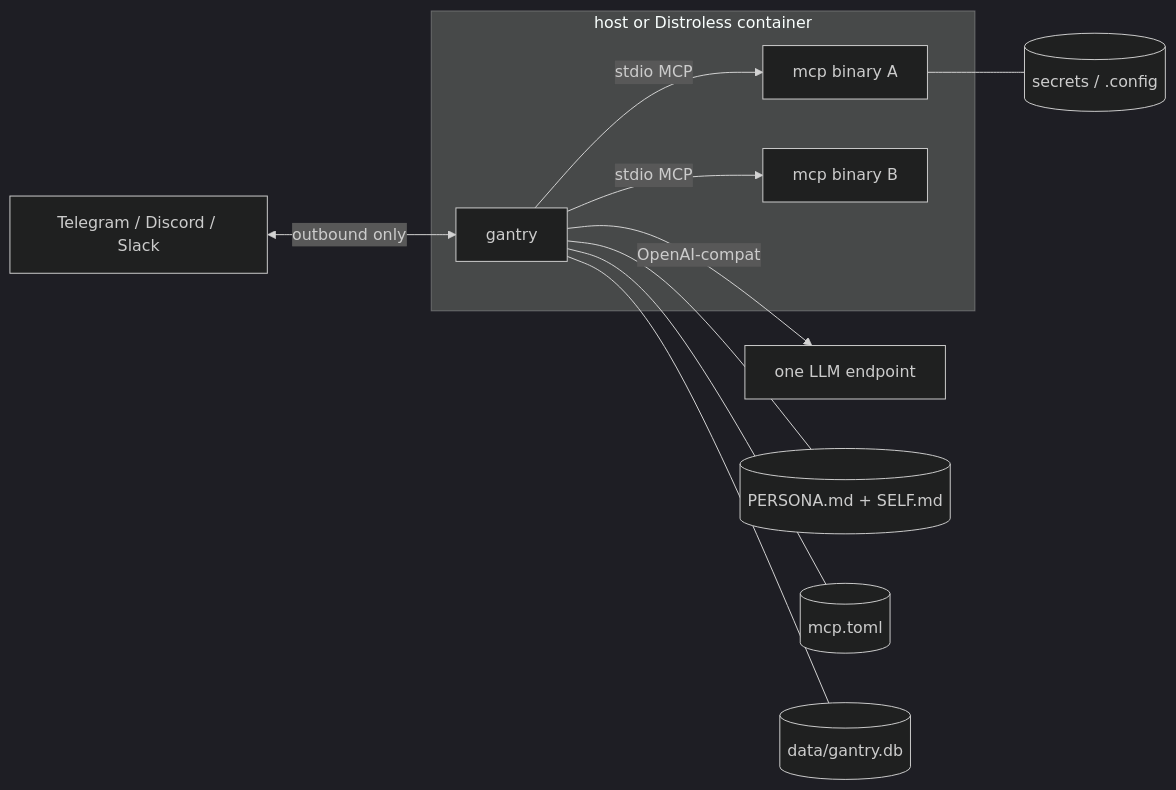
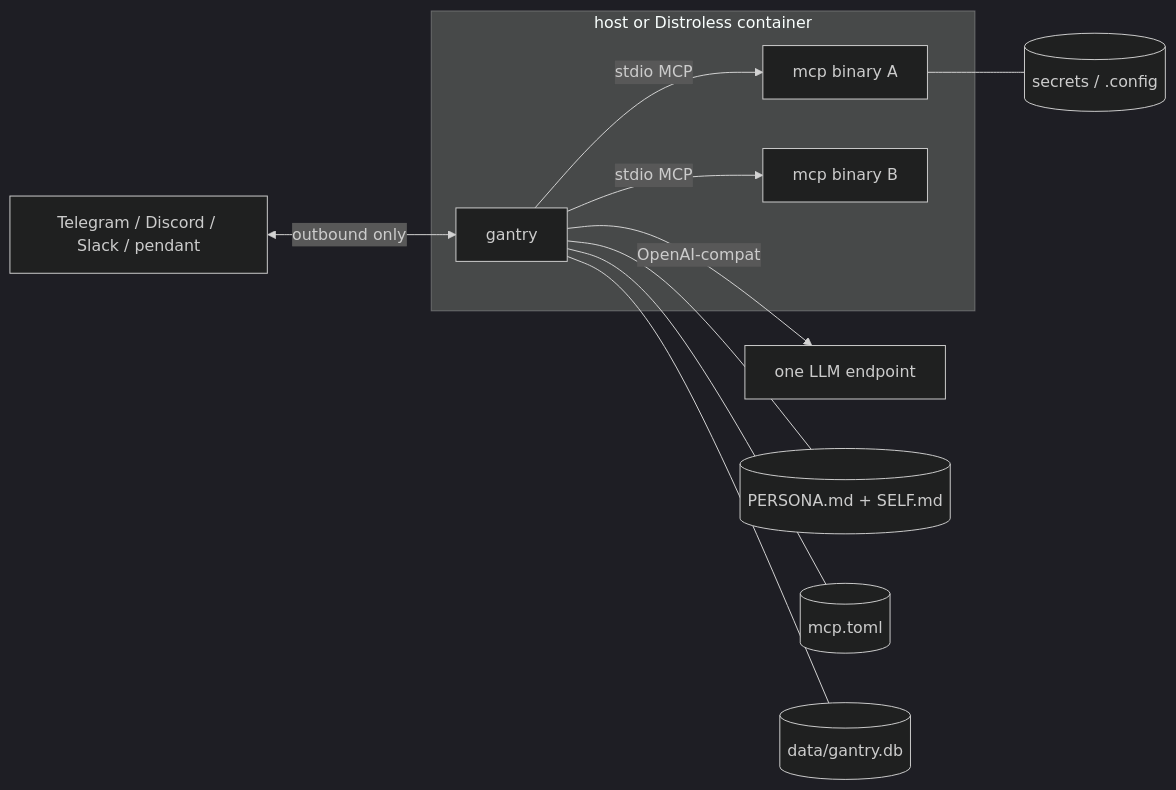
Before and after one commit to shotah/ai-gantry: the first of 8 diagrams in docs/architecture.md, drawn with Mermaid (dark theme). The commit also changed other lines of this file and 21 other files, not shown here.

````diff
--- a/docs/architecture.md
+++ b/docs/architecture.md
@@ -11,18 +11,18 @@
 ```mermaid
 flowchart LR
-  CH[Telegram / Discord / Slack] <-->|outbound only| K
+  CH[Telegram / Discord / Slack / pendant] <-->|outbound only| K
 
   subgraph Host["host or Distroless container"]
     K[gantry]
     M1[mcp binary A]
     M2[mcp binary B]
     K -->|stdio MCP| M1
     K -->|stdio MCP| M2
   end
 
   K -->|OpenAI-compat| LLM[one LLM endpoint]
   K --- P[("PERSONA.md + SELF.md")]
   K --- MF[("mcp.toml")]
   K --- D[("data/gantry.db")]
   M1 --- S[("secrets / .config")]
 ```
````
